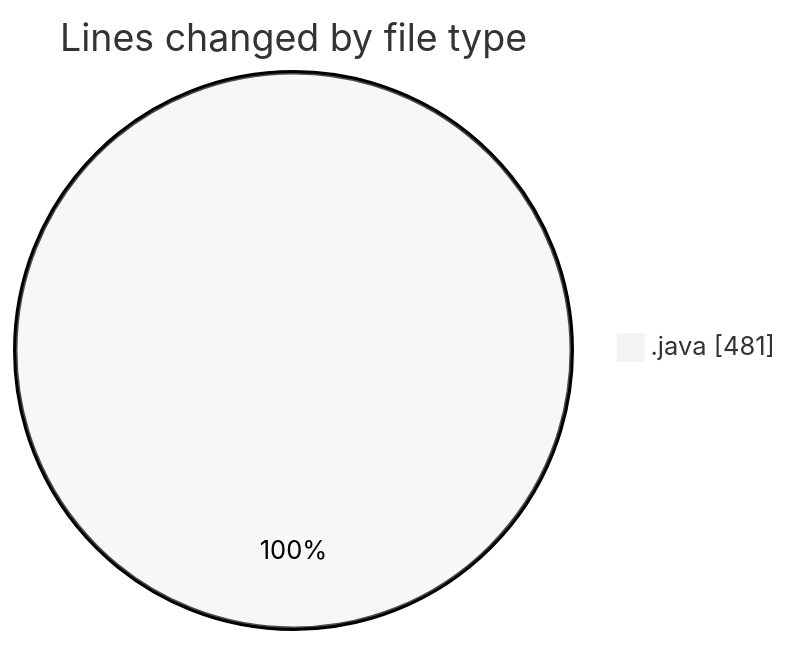
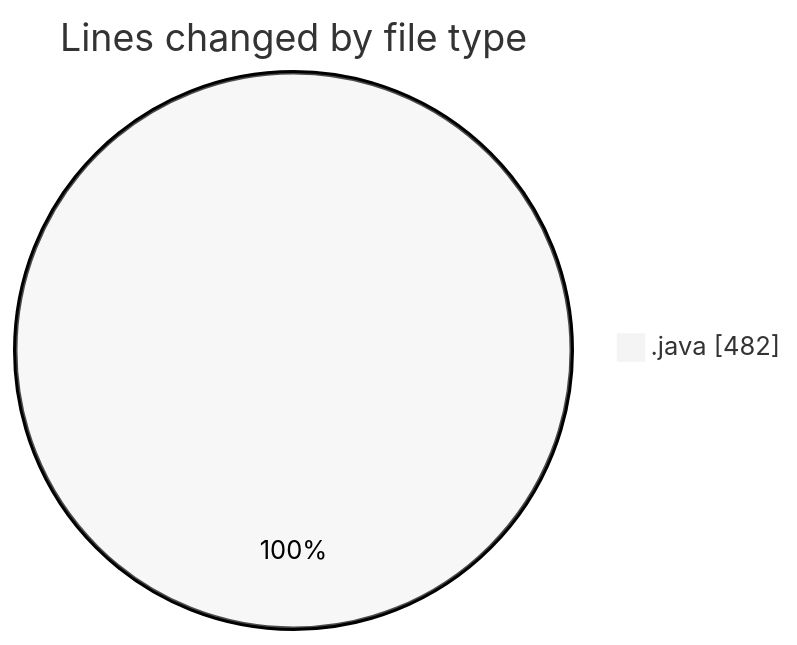
Before and after one commit to ricardozamudiocil/code-tracking: the first of 2 diagrams in 2026-10-26/cilapp/README.md, drawn with Mermaid (neutral theme). The commit also changed other lines of this file and 2 other files, not shown here.

````diff
--- a/2026-10-26/cilapp/README.md
+++ b/2026-10-26/cilapp/README.md
@@ -20,5 +20,5 @@
 ```mermaid
 pie showData
 title Lines changed by file type
-".java" : 481
+".java" : 482
 ```
````
